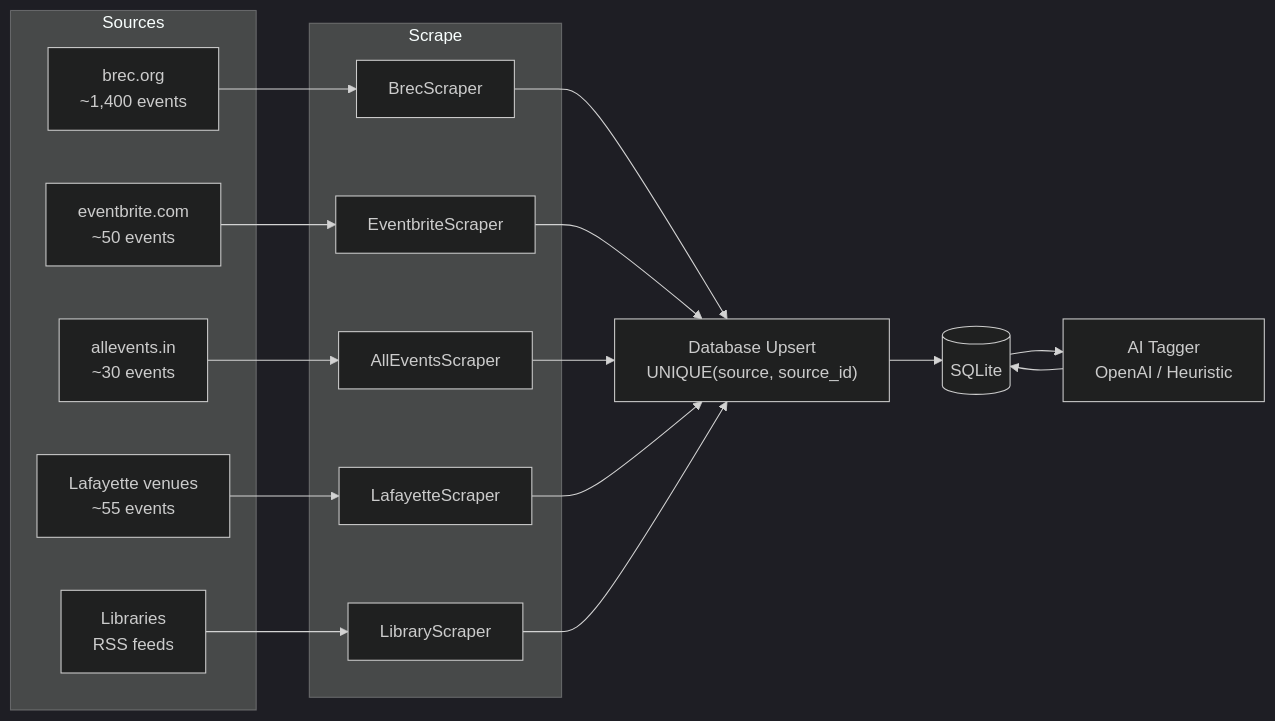
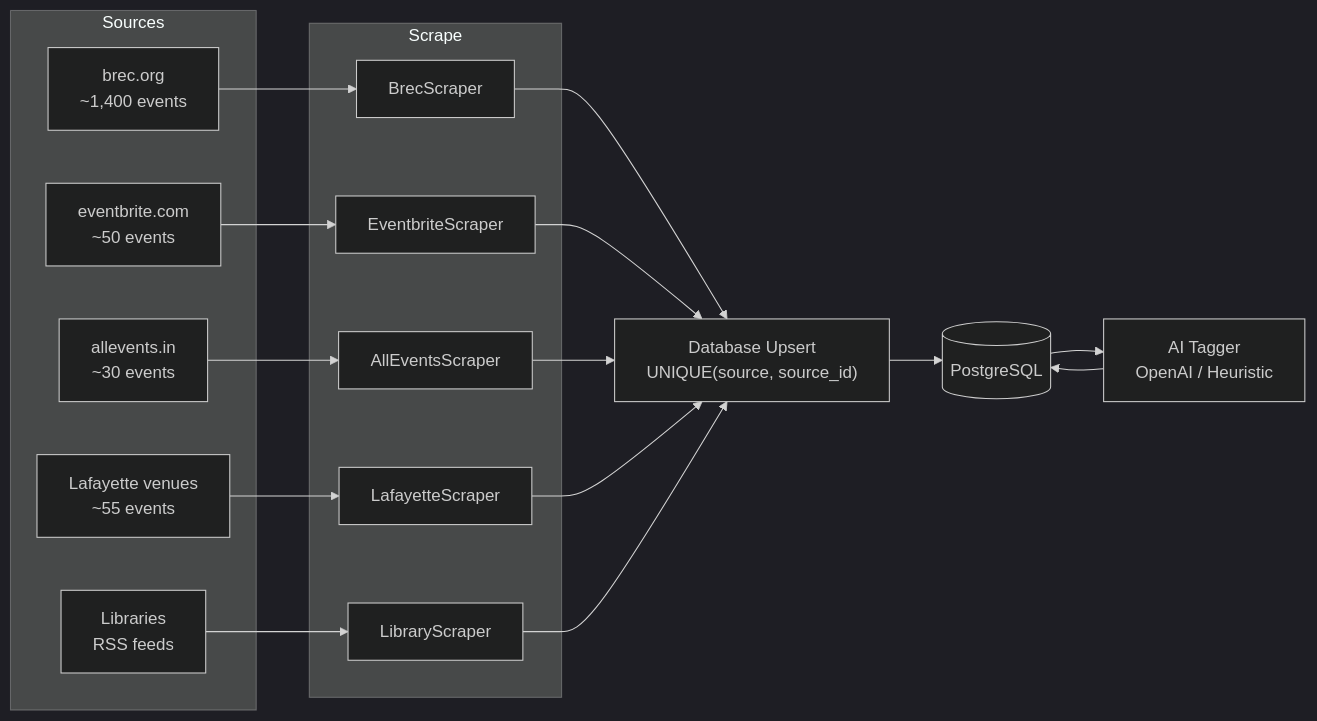
Before and after one commit to HexSleeves/family-events: the first of 9 diagrams in docs/pipeline.md, drawn with Mermaid (dark theme). The commit also changed other lines of this file and 3 other files, not shown here.

Commit message:
Refresh docs for Postgres-first architecture

````diff
--- a/docs/pipeline.md
+++ b/docs/pipeline.md
@@ -8,29 +8,29 @@
 ```mermaid
 flowchart LR
     subgraph Sources
         BREC["brec.org<br/>~1,400 events"]
         EB["eventbrite.com<br/>~50 events"]
         AE["allevents.in<br/>~30 events"]
         LAF["Lafayette venues<br/>~55 events"]
         LIB["Libraries<br/>RSS feeds"]
     end
 
     subgraph Scrape
         BS[BrecScraper]
         ES[EventbriteScraper]
         AS[AllEventsScraper]
         LS[LafayetteScraper]
         LBS[LibraryScraper]
     end
 
     BREC --> BS
     EB --> ES
     AE --> AS
     LAF --> LS
     LIB --> LBS
 
     BS & ES & AS & LS & LBS --> UPSERT["Database Upsert<br/>UNIQUE(source, source_id)"]
-    UPSERT --> DB[(SQLite)]
+    UPSERT --> DB[(PostgreSQL)]
     DB --> TAG["AI Tagger<br/>OpenAI / Heuristic"]
     TAG --> DB
 ```
````
